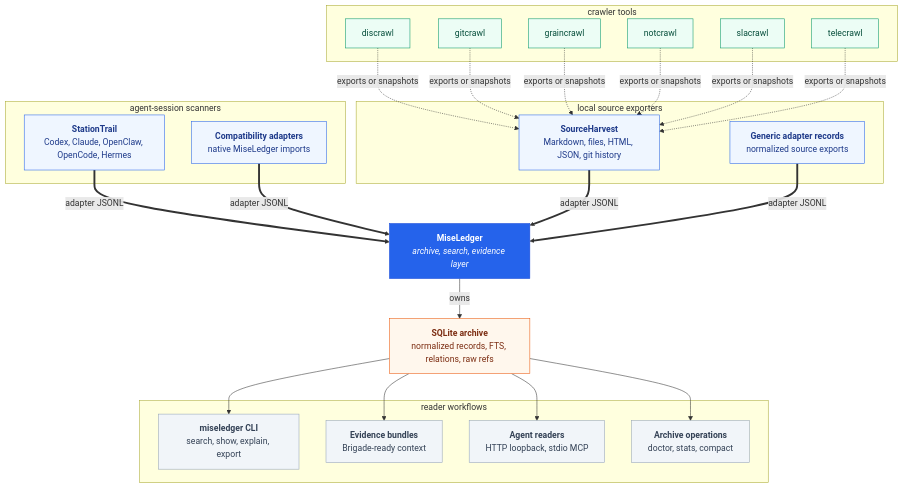
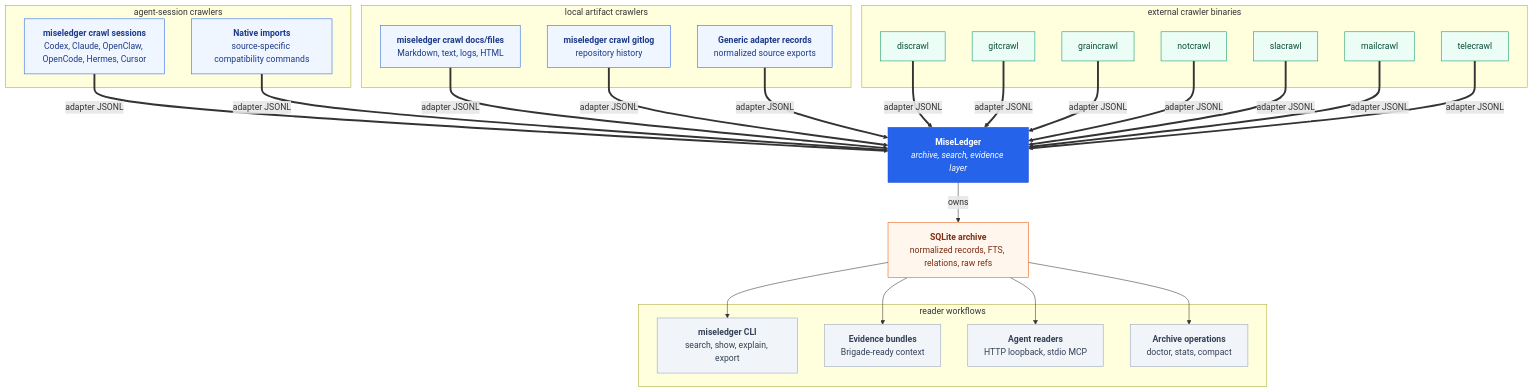
One commit to escoffier-labs/brigade changed the second of 2 diagrams in engines/evidence-ledger/README.md. Above: the diagram before and after it, drawn with Mermaid. The commit also changed other lines of this file and 10 other files, not shown here.

First line of the commit message:
docs: absorb stationtrail and sourceharvest into the crawl surfaces

````diff
--- a/engines/evidence-ledger/README.md
+++ b/engines/evidence-ledger/README.md
@@ -166,52 +165,54 @@
 ```mermaid
 flowchart TB
     MISELEDGER["<b>MiseLedger</b><br/><i>archive, search, evidence layer</i>"]
     SQLITE["<b>SQLite archive</b><br/>normalized records, FTS, relations, raw refs"]
     MISELEDGER -->|owns| SQLITE
 
-    subgraph AGENTS [" agent-session scanners "]
-        STATIONTRAIL["<b>StationTrail</b><br/>Codex, Claude, OpenClaw, OpenCode, Hermes"]
-        COMPAT["<b>Compatibility adapters</b><br/>native MiseLedger imports"]
+    subgraph AGENTS [" agent-session crawlers "]
+        SESSIONS["<b>miseledger crawl sessions</b><br/>Codex, Claude, OpenClaw, OpenCode, Hermes, Cursor"]
+        COMPAT["<b>Native imports</b><br/>source-specific compatibility commands"]
     end
 
-    subgraph LOCAL [" local source exporters "]
-        SOURCEHARVEST["<b>SourceHarvest</b><br/>Markdown, files, HTML, JSON, git history"]
+    subgraph LOCAL [" local artifact crawlers "]
+        ARTIFACTS["<b>miseledger crawl docs/files</b><br/>Markdown, text, logs, HTML"]
+        GITLOG["<b>miseledger crawl gitlog</b><br/>repository history"]
         GENERIC["<b>Generic adapter records</b><br/>normalized source exports"]
     end
 
-    subgraph CRAWLERS [" crawler tools "]
+    subgraph CRAWLERS [" external crawler binaries "]
         DISCRAWL["discrawl"]
         GITCRAWL["gitcrawl"]
         GRAINCRAWL["graincrawl"]
         NOTCRAWL["notcrawl"]
         SLACRAWL["slacrawl"]
+        MAILCRAWL["mailcrawl"]
         TELECRAWL["telecrawl"]
     end
 
-    STATIONTRAIL & COMPAT == adapter JSONL ==> MISELEDGER
-    SOURCEHARVEST & GENERIC == adapter JSONL ==> MISELEDGER
-    DISCRAWL & GITCRAWL & GRAINCRAWL & NOTCRAWL & SLACRAWL & TELECRAWL -. exports or snapshots .-> SOURCEHARVEST
+    SESSIONS & COMPAT == adapter JSONL ==> MISELEDGER
+    ARTIFACTS & GITLOG & GENERIC == adapter JSONL ==> MISELEDGER
+    DISCRAWL & GITCRAWL & GRAINCRAWL & NOTCRAWL & SLACRAWL & MAILCRAWL & TELECRAWL == adapter JSONL ==> MISELEDGER
 
     subgraph READERS [" reader workflows "]
         CLI["<b>miseledger CLI</b><br/>search, show, explain, export"]
         EVIDENCE["<b>Evidence bundles</b><br/>Brigade-ready context"]
         MCP["<b>Agent readers</b><br/>HTTP loopback, stdio MCP"]
         OPS["<b>Archive operations</b><br/>doctor, stats, compact"]
     end
 
     SQLITE --> CLI
     SQLITE --> EVIDENCE
     SQLITE --> MCP
     SQLITE --> OPS
 
     classDef core fill:#2563eb,stroke:#1d4ed8,color:#fff;
     classDef archive fill:#fff7ed,stroke:#ea580c,color:#7c2d12;
     classDef source fill:#eff6ff,stroke:#2563eb,color:#1e3a8a;
     classDef crawler fill:#ecfdf5,stroke:#059669,color:#064e3b;
     classDef reader fill:#f1f5f9,stroke:#94a3b8,color:#334155;
     class MISELEDGER core;
     class SQLITE archive;
-    class STATIONTRAIL,COMPAT,SOURCEHARVEST,GENERIC source;
-    class DISCRAWL,GITCRAWL,GRAINCRAWL,NOTCRAWL,SLACRAWL,TELECRAWL crawler;
+    class SESSIONS,COMPAT,ARTIFACTS,GITLOG,GENERIC source;
+    class DISCRAWL,GITCRAWL,GRAINCRAWL,NOTCRAWL,SLACRAWL,MAILCRAWL,TELECRAWL crawler;
     class CLI,EVIDENCE,MCP,OPS reader;
 ```
````
